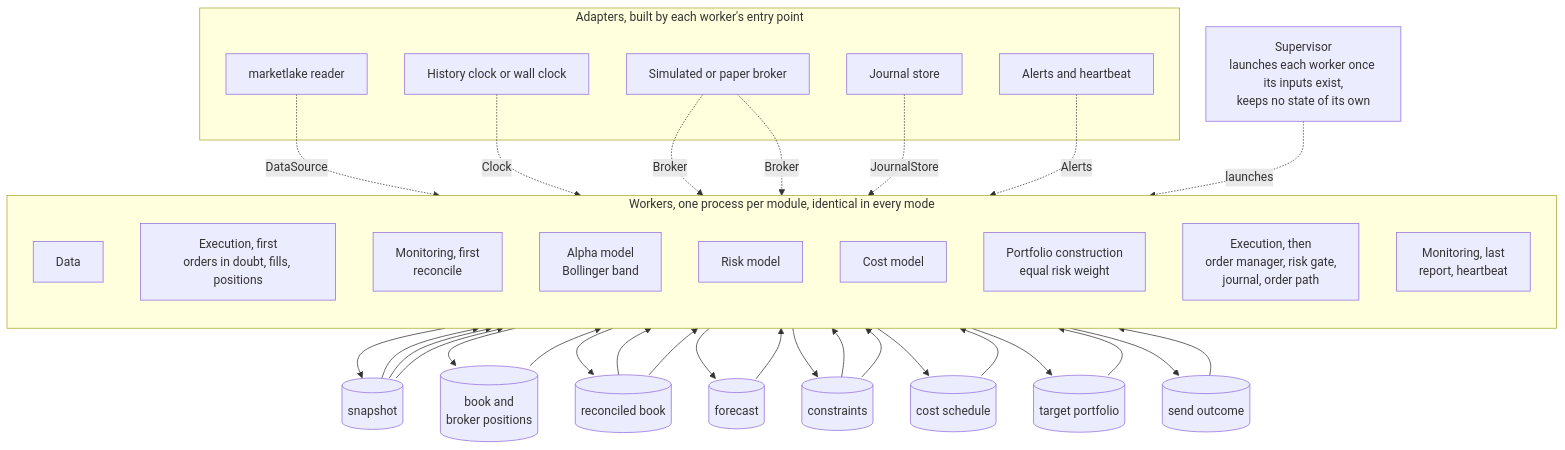
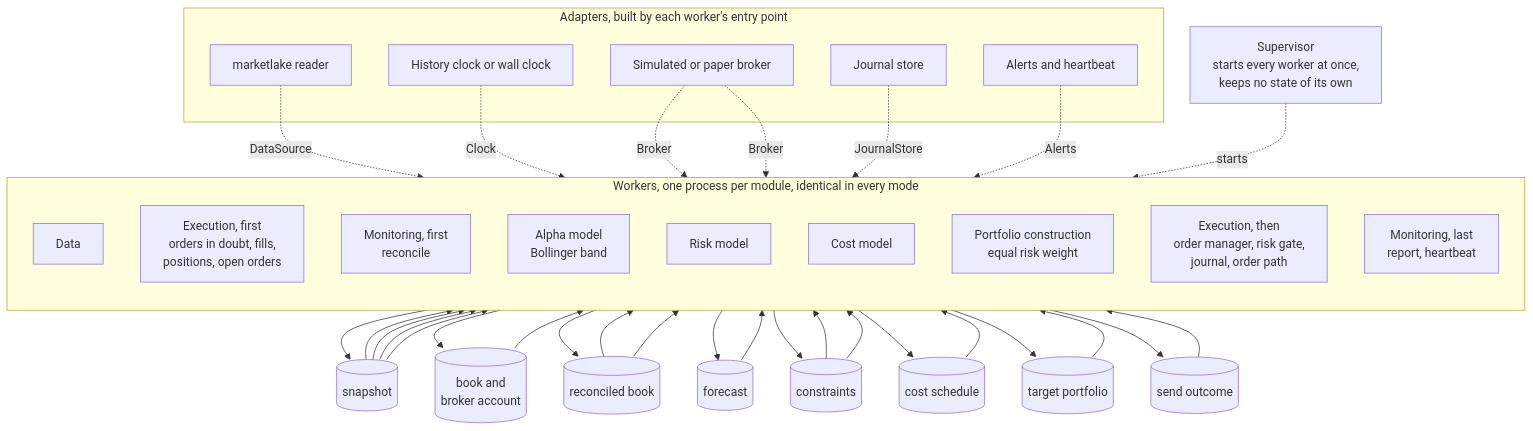
Before and after one commit to l3a0/ithildin-runtime: the second of 16 diagrams in docs/architecture.md, drawn with Mermaid. The commit also changed other lines of this file and 2 other files, not shown here.

First line of the commit message:
docs(architecture): fix what the review of the process revision found

````diff
--- a/docs/architecture.md
+++ b/docs/architecture.md
@@ -232,56 +233,57 @@
 ```mermaid
 flowchart TB
-    sup["Supervisor<br/>launches each worker once its inputs exist,<br/>keeps no state of its own"]
+    sup["Supervisor<br/>starts every worker at once,<br/>keeps no state of its own"]
 
     subgraph workers["Workers, one process per module, identical in every mode"]
         direction TB
         data["Data"]
-        exec_recover["Execution, first<br/>orders in doubt, fills, positions"]
+        exec_recover["Execution, first<br/>orders in doubt, fills,<br/>positions, open orders"]
         mon_recon["Monitoring, first<br/>reconcile"]
         alpha["Alpha model<br/>Bollinger band"]
         risk["Risk model"]
         cost["Cost model"]
         pc["Portfolio construction<br/>equal risk weight"]
         exec_send["Execution, then<br/>order manager, risk gate,<br/>journal, order path"]
         mon_report["Monitoring, last<br/>report, heartbeat"]
     end
 
     snap[("snapshot")]
-    pos[("book and<br/>broker positions")]
+    pos[("book and<br/>broker account")]
     book[("reconciled book")]
     fc[("forecast")]
     cons[("constraints")]
     sched[("cost schedule")]
     target[("target portfolio")]
     outcome[("send outcome")]
 
     data --> snap
     exec_recover --> pos --> mon_recon --> book
     snap --> alpha --> fc
     snap --> risk
     book --> risk --> cons
     snap --> cost --> sched
     fc --> pc
     cons --> pc
     sched --> pc
     book --> pc --> target
     target --> exec_send
     cons --> exec_send
+    snap --> exec_send
     exec_send --> outcome --> mon_report
 
     subgraph adapters["Adapters, built by each worker's entry point"]
         lakesrc["marketlake reader"]
         clock["History clock or wall clock"]
         broker["Simulated or paper broker"]
         journalstore["Journal store"]
         alertsink["Alerts and heartbeat"]
     end
 
     lakesrc -. "DataSource" .-> data
     clock -. "Clock" .-> data
     broker -. "Broker" .-> exec_recover
     broker -. "Broker" .-> exec_send
     journalstore -. "JournalStore" .-> exec_send
     alertsink -. "Alerts" .-> mon_report
-    sup -. "launches" .-> workers
+    sup -. "starts" .-> workers
 ```
````
